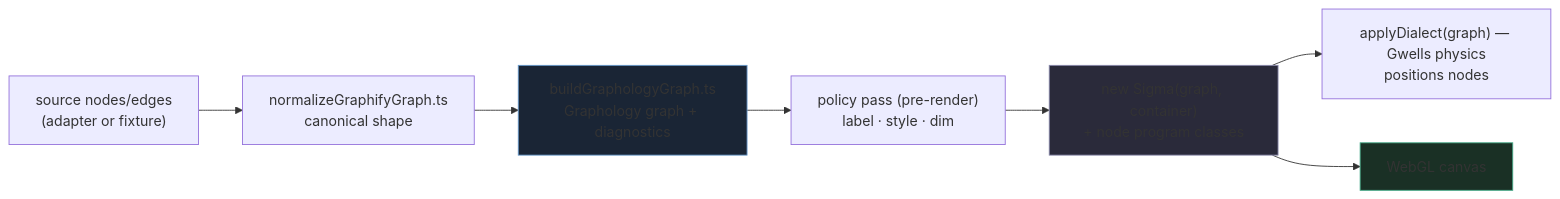
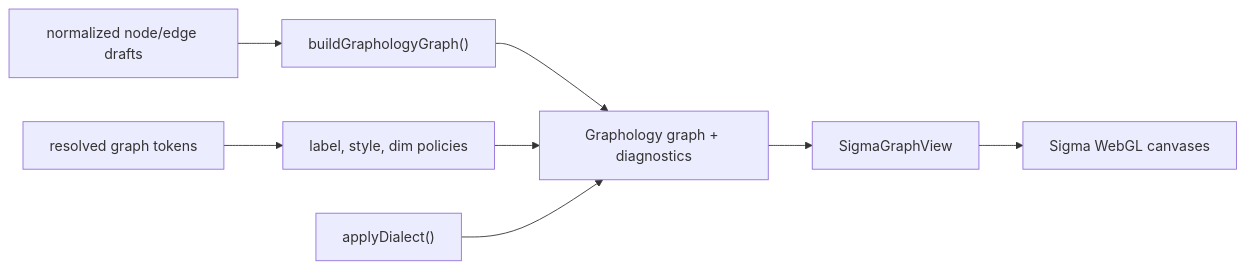
The diagram in docs/canonical/GRAPH_SIGMA_AND_RENDERING.md (bitmosh/lumaweave), drawn with Mermaid before and after one commit. The commit also changed other lines of this file and 209 other files, not shown here.

````diff
--- a/docs/canonical/GRAPH_SIGMA_AND_RENDERING.md
+++ b/docs/canonical/GRAPH_SIGMA_AND_RENDERING.md
@@ -45,12 +25,10 @@
 ```mermaid
 flowchart LR
-    Src["source nodes/edges<br/>(adapter or fixture)"] --> Norm["normalizeGraphifyGraph.ts<br/>canonical shape"]
-    Norm --> Build["buildGraphologyGraph.ts<br/>Graphology graph + diagnostics"]
-    Build --> Pol["policy pass (pre-render)<br/>label · style · dim"]
-    Pol --> Sig["new Sigma(graph, container)<br/>+ node program classes"]
-    Sig --> Phys["applyDialect(graph) — Gwells physics<br/>positions nodes"]
-    Sig --> Canvas["WebGL canvas"]
-    style Build fill:#1a2535,stroke:#69c
-    style Sig fill:#2a2a3a,stroke:#88a
-    style Canvas fill:#1a3025,stroke:#4a8
+    Drafts["normalized node/edge drafts"] --> Build["buildGraphologyGraph()"]
+    Build --> Graph["Graphology graph + diagnostics"]
+    Policy["label, style, dim policies"] --> Graph
+    Graph --> Sigma["SigmaGraphView"]
+    GWells["applyDialect()"] --> Graph
+    Theme["resolved graph tokens"] --> Policy
+    Sigma --> Canvas["Sigma WebGL canvases"]
 ```
````
